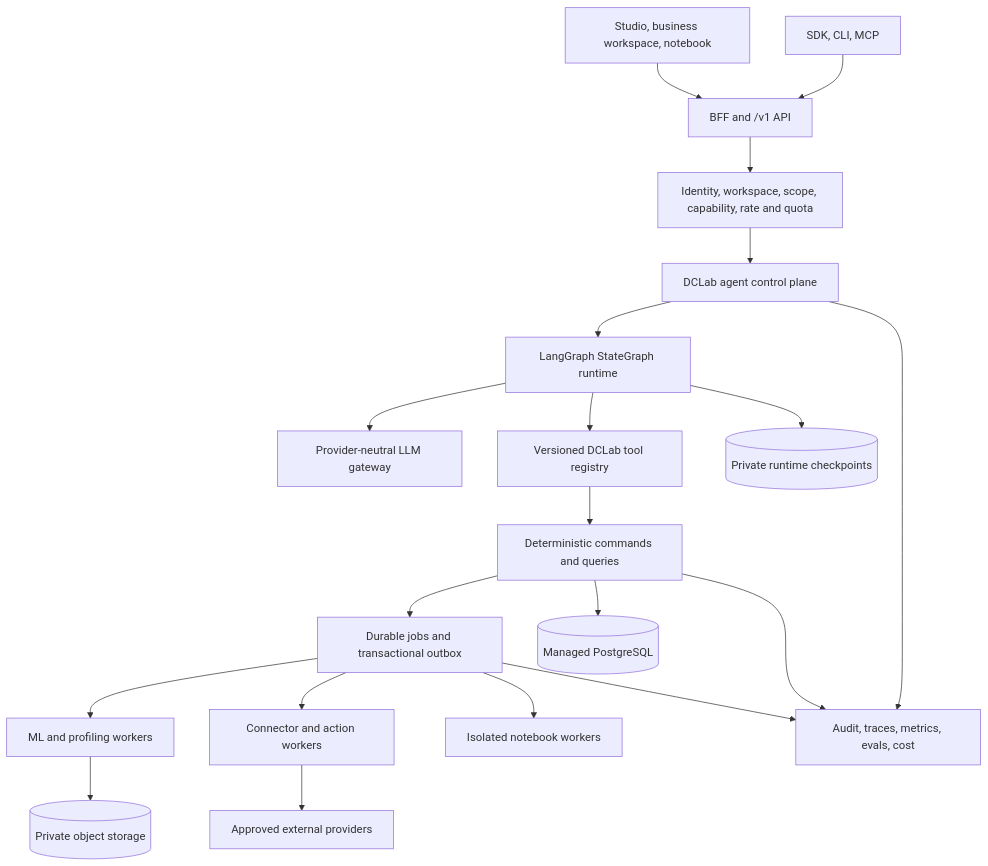
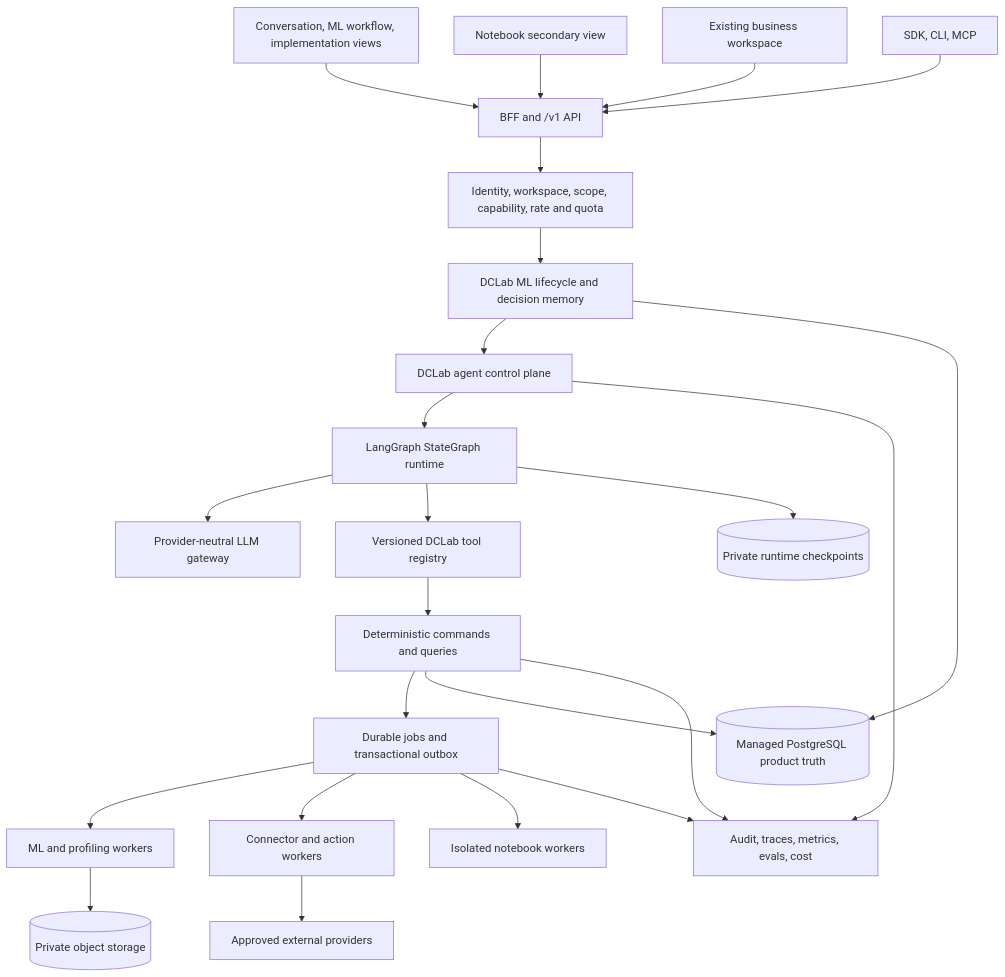
Before and after one commit to Shahriyar-Moradi/DCLab: the first of 3 diagrams in docs/agentic-program/MASTER_SCOPE_0_TO_10_PLAN.md, drawn with Mermaid. The commit also changed other lines of this file and 14 other files, not shown here.

Commit message:
add core concept and contxt of the DClab to roadmap

````diff
--- a/docs/agentic-program/MASTER_SCOPE_0_TO_10_PLAN.md
+++ b/docs/agentic-program/MASTER_SCOPE_0_TO_10_PLAN.md
@@ -182,22 +215,26 @@
 ```mermaid
 flowchart TD
-    UI[Studio, business workspace, notebook] --> EDGE[BFF and /v1 API]
+    UI[Conversation, ML workflow, implementation views] --> EDGE[BFF and /v1 API]
+    NOTEBOOK[Notebook secondary view] --> EDGE
+    BUSINESS[Existing business workspace] --> EDGE
     DEV[SDK, CLI, MCP] --> EDGE
     EDGE --> AUTH[Identity, workspace, scope, capability, rate and quota]
-    AUTH --> AOS[DCLab agent control plane]
+    AUTH --> LIFE[DCLab ML lifecycle and decision memory]
+    LIFE --> AOS[DCLab agent control plane]
     AOS --> GRAPH[LangGraph StateGraph runtime]
     GRAPH --> LLM[Provider-neutral LLM gateway]
     GRAPH --> TOOLS[Versioned DCLab tool registry]
     TOOLS --> APP[Deterministic commands and queries]
     APP --> QUEUE[Durable jobs and transactional outbox]
     QUEUE --> ML[ML and profiling workers]
     QUEUE --> INT[Connector and action workers]
     QUEUE --> NB[Isolated notebook workers]
-    APP --> DB[(Managed PostgreSQL)]
+    APP --> DB[(Managed PostgreSQL product truth)]
+    LIFE --> DB
     ML --> OBJ[(Private object storage)]
     INT --> EXT[Approved external providers]
     GRAPH --> CHECKPOINT[(Private runtime checkpoints)]
     AOS --> OBS[Audit, traces, metrics, evals, cost]
     APP --> OBS
     QUEUE --> OBS
 ```
````
